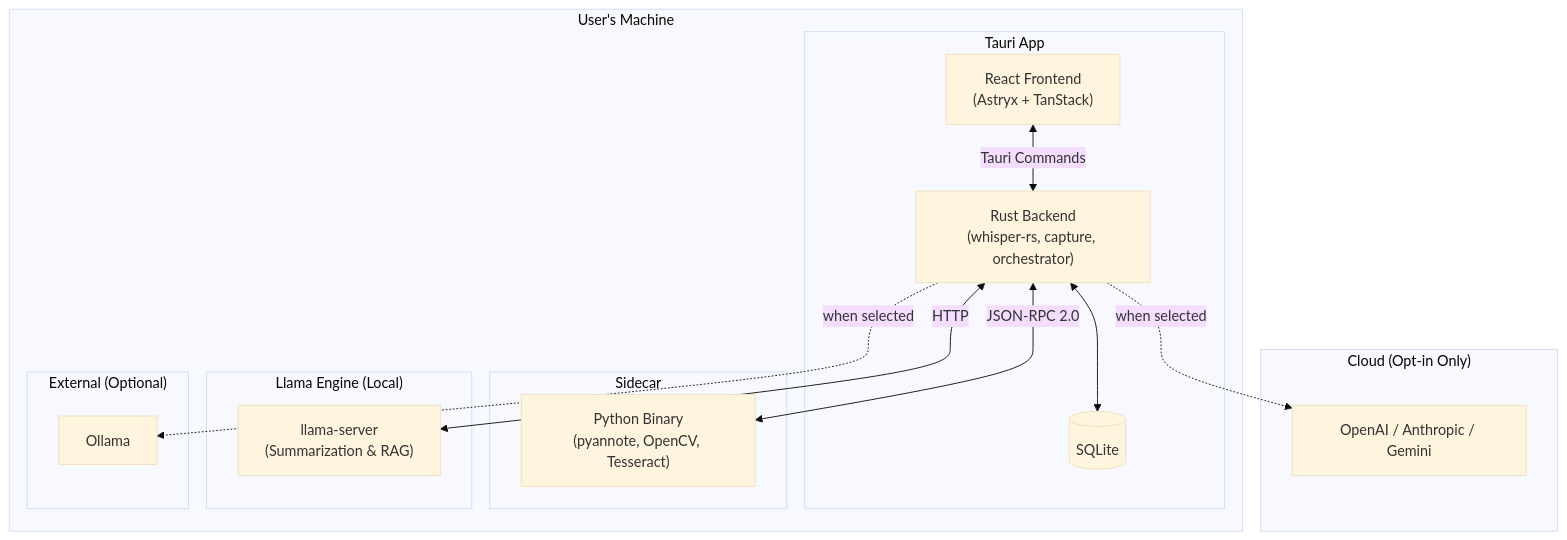
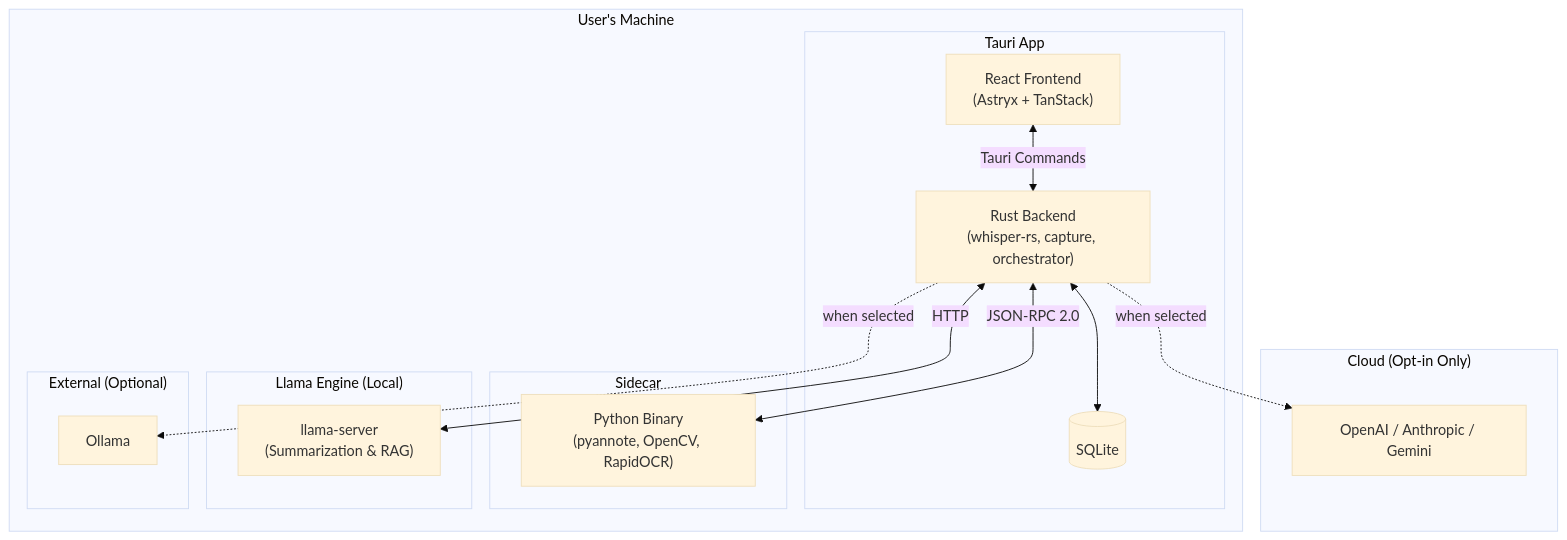
Before and after one commit to Astral420/Locus: the diagram in docs/plans/PRD.md, drawn with Mermaid (base theme). The commit also changed other lines of this file and 17 other files, not shown here.

Commit message:
stripped off TesseractOCR completely,replacing with RapidOCR instead

````diff
--- a/docs/plans/PRD.md
+++ b/docs/plans/PRD.md
@@ -297,29 +297,29 @@
 ```mermaid
 graph TB
     subgraph "User's Machine"
         subgraph "Tauri App"
             FE["React Frontend<br/>(Astryx + TanStack)"]
             BE["Rust Backend<br/>(whisper-rs, capture, orchestrator)"]
             DB[(SQLite)]
         end
         subgraph "Sidecar"
-            PY["Python Binary<br/>(pyannote, OpenCV, Tesseract)"]
+            PY["Python Binary<br/>(pyannote, OpenCV, RapidOCR)"]
         end
         subgraph "Llama Engine (Local)"
             LLM["llama-server<br/>(Summarization & RAG)"]
         end
         subgraph "External (Optional)"
             OL[Ollama]
         end
     end
     subgraph "Cloud (Opt-in Only)"
         CL["OpenAI / Anthropic / Gemini"]
     end
 
     FE <-->|Tauri Commands| BE
     BE <-->|JSON-RPC 2.0| PY
     BE <--> DB
     BE <-->|HTTP| LLM
     BE -.->|when selected| OL
     BE -.->|when selected| CL
 ```
````
